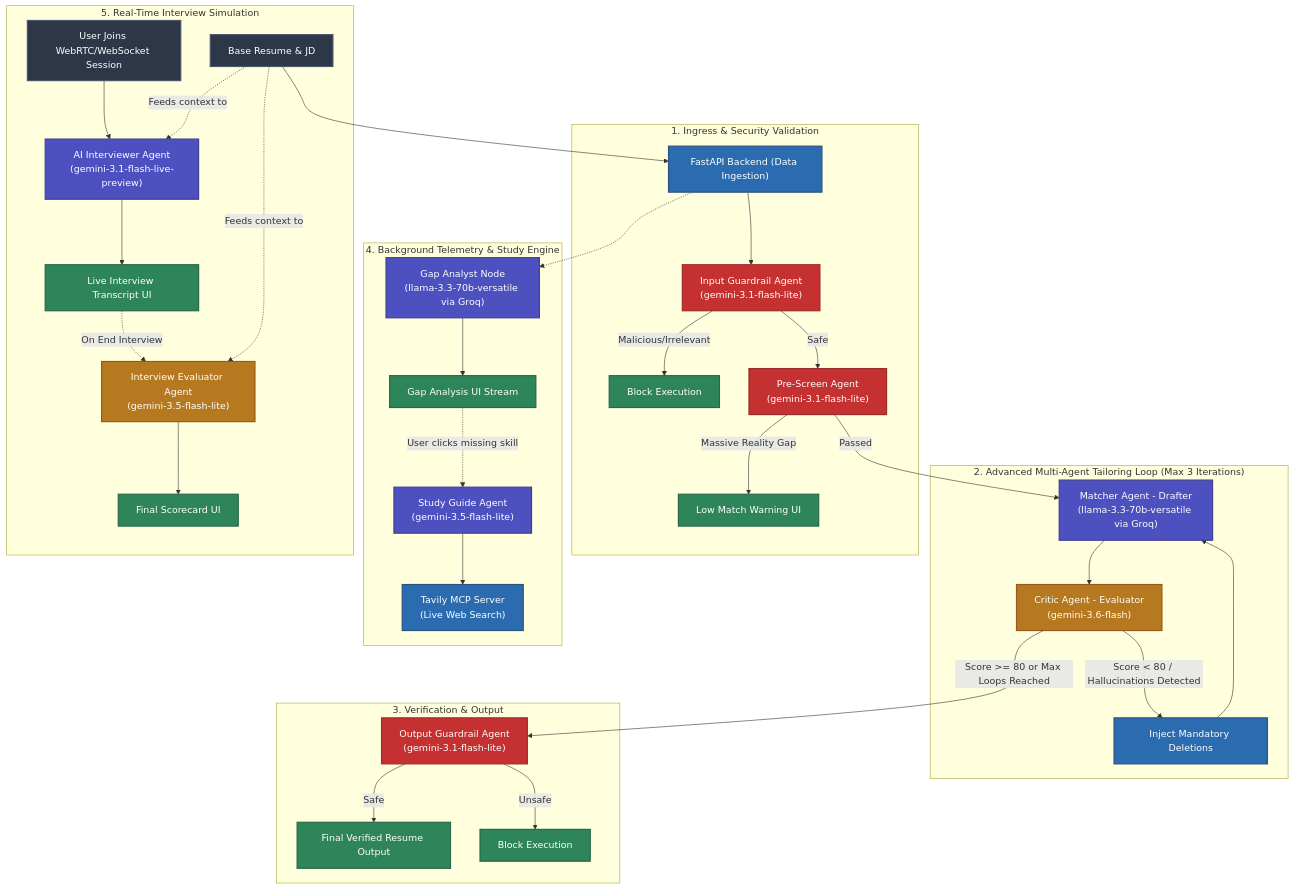
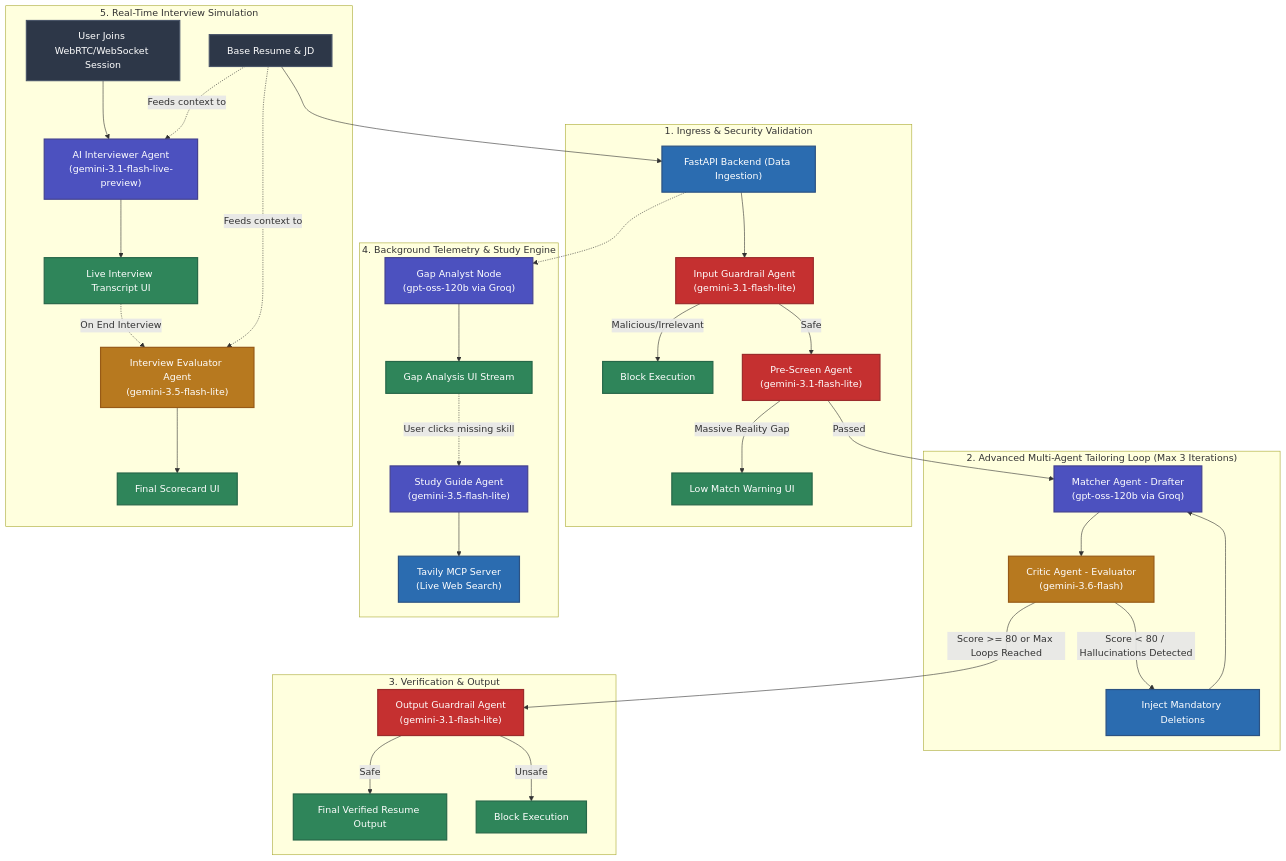
One commit to Sid1396-byte/agentic-resume-interviewer changed the first of 2 diagrams in README.md. Above: the diagram before and after it, drawn with Mermaid. The commit also changed other lines of this file and 1 other file, not shown here.

Commit message:
Migrate from deprecated Llama 3.3 70B to GPT OSS 120B per Groq deprecation notice

````diff
--- a/README.md
+++ b/README.md
@@ -17,47 +17,47 @@
 ```mermaid
 graph TD
     classDef user fill:#2d3748,stroke:#4a5568,stroke-width:2px,color:#fff
     classDef api fill:#2b6cb0,stroke:#2c5282,stroke-width:2px,color:#fff
     classDef agent fill:#4c51bf,stroke:#434190,stroke-width:2px,color:#fff
     classDef guardrail fill:#c53030,stroke:#9b2c2c,stroke-width:2px,color:#fff
     classDef eval fill:#b7791f,stroke:#975a16,stroke-width:2px,color:#fff
     classDef output fill:#2f855a,stroke:#276749,stroke-width:2px,color:#fff
 
     User["User Uploads Base Resume & JD"]:::user --> FastAPI["FastAPI Backend (Data Ingestion)"]:::api
     
     subgraph "1. Ingress & Security Validation"
         FastAPI --> InputGuardrail["Input Guardrail Agent<br/>(gemini-3.1-flash-lite)"]:::guardrail
         InputGuardrail -- "Malicious/Irrelevant" --> Block1["Block Execution"]:::output
         InputGuardrail -- "Safe" --> PreScreen["Pre-Screen Agent<br/>(gemini-3.1-flash-lite)"]:::guardrail
         PreScreen -- "Massive Reality Gap" --> Alert["Low Match Warning UI"]:::output
     end
 
     subgraph "2. Advanced Multi-Agent Tailoring Loop (Max 3 Iterations)"
-        PreScreen -- "Passed" --> Matcher["Matcher Agent - Drafter<br/>(llama-3.3-70b-versatile via Groq)"]:::agent
+        PreScreen -- "Passed" --> Matcher["Matcher Agent - Drafter<br/>(gpt-oss-120b via Groq)"]:::agent
         Matcher --> Critic["Critic Agent - Evaluator<br/>(gemini-3.6-flash)"]:::eval
         Critic -- "Score < 80 / Hallucinations Detected" --> MandatoryDeletions["Inject Mandatory Deletions"]:::api
         MandatoryDeletions --> Matcher
     end
 
     subgraph "3. Verification & Output"
         Critic -- "Score >= 80 or Max Loops Reached" --> OutputGuardrail["Output Guardrail Agent<br/>(gemini-3.1-flash-lite)"]:::guardrail
         OutputGuardrail -- "Safe" --> FinalDraft["Final Verified Resume Output"]:::output
         OutputGuardrail -- "Unsafe" --> Block2["Block Execution"]:::output
     end
 
     subgraph "4. Background Telemetry & Study Engine"
-        FastAPI -.-> GapAnalyst["Gap Analyst Node<br/>(llama-3.3-70b-versatile via Groq)"]:::agent
+        FastAPI -.-> GapAnalyst["Gap Analyst Node<br/>(gpt-oss-120b via Groq)"]:::agent
         GapAnalyst --> GapUI["Gap Analysis UI Stream"]:::output
         GapUI -. "User clicks missing skill" .-> StudyAgent["Study Guide Agent<br/>(gemini-3.5-flash-lite)"]:::agent
         StudyAgent --> TavilyMCP["Tavily MCP Server<br/>(Live Web Search)"]:::api
     end
 
     subgraph "5. Real-Time Interview Simulation"
         UserInterview["User Joins WebRTC/WebSocket Session"]:::user --> Interviewer["AI Interviewer Agent<br/>(gemini-3.1-flash-live-preview)"]:::agent
         User["Base Resume & JD"] -. "Feeds context to" .-> Interviewer
         Interviewer --> LiveTranscript["Live Interview Transcript UI"]:::output
         LiveTranscript -. "On End Interview" .-> InterviewEvaluator["Interview Evaluator Agent<br/>(gemini-3.5-flash-lite)"]:::eval
         User -. "Feeds context to" .-> InterviewEvaluator
         InterviewEvaluator --> ScorecardUI["Final Scorecard UI"]:::output
     end
 ```
````
